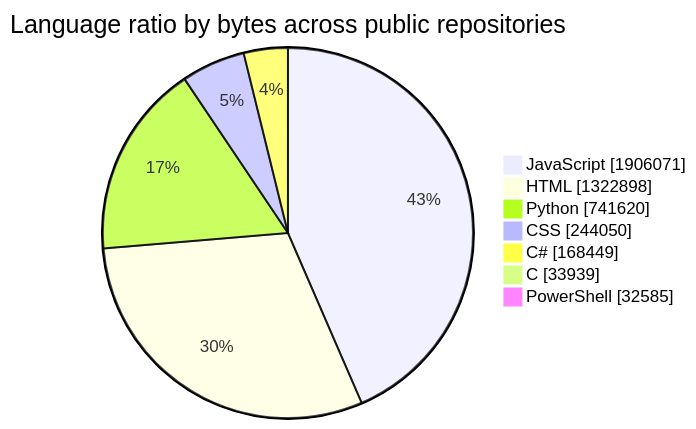
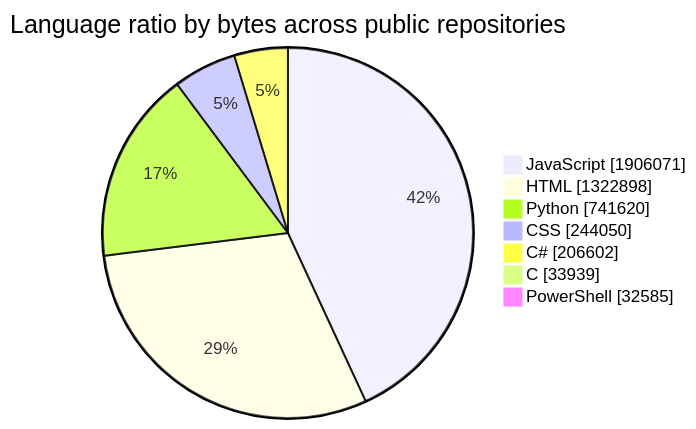
One commit to tchinso/tchinso changed the first of 2 diagrams in README.md. Above: the diagram before and after it, drawn with Mermaid. The commit also changed other lines of this file, not shown here.

````diff
--- a/README.md
+++ b/README.md
@@ -24,11 +24,11 @@
 ```mermaid
 pie showData
     title Language ratio by bytes across public repositories
     "JavaScript" : 1906071
     "HTML" : 1322898
     "Python" : 741620
     "CSS" : 244050
-    "C#" : 168449
+    "C#" : 206602
     "C" : 33939
     "PowerShell" : 32585
 ```
````
